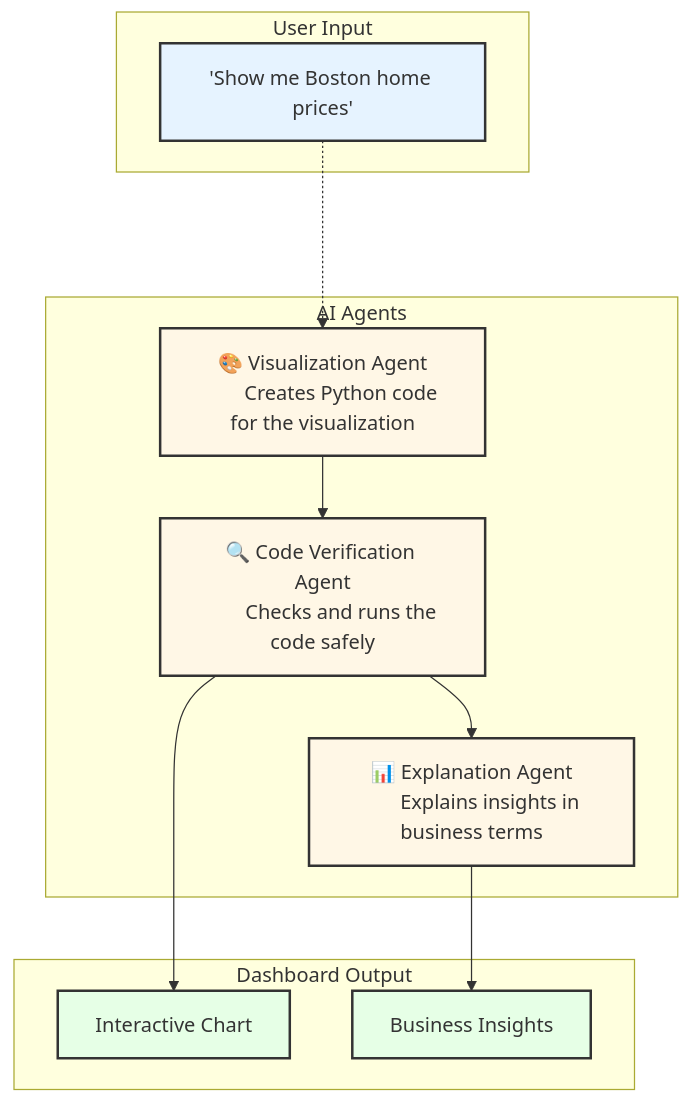
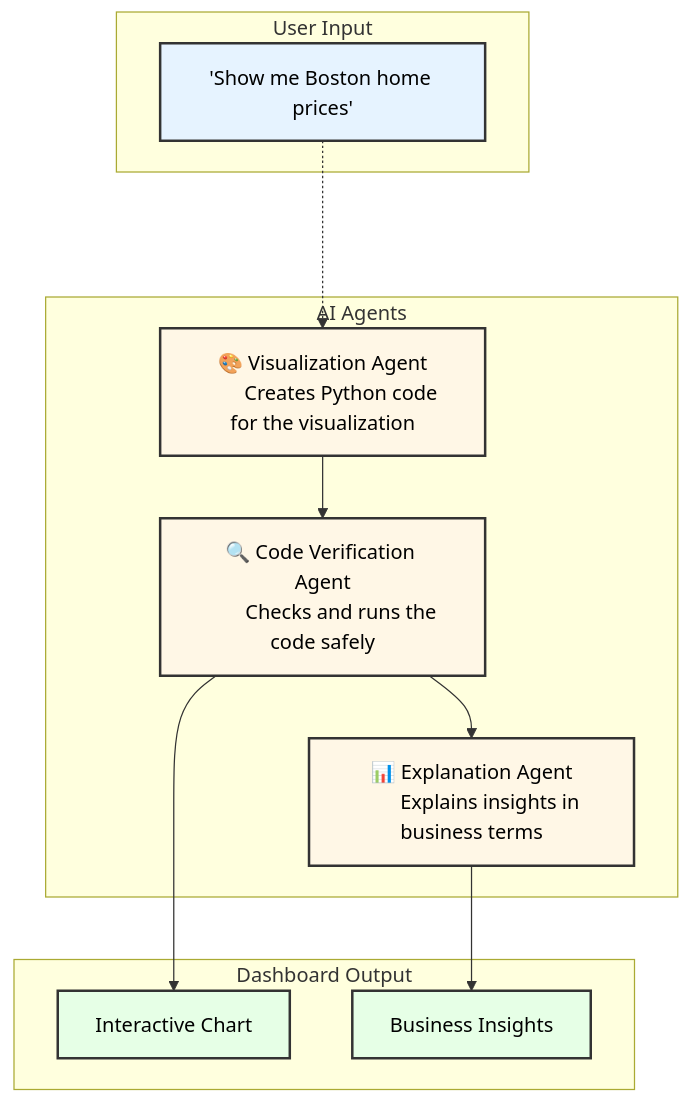
The diagram in README.md (srbutler1/real_estate_tool), drawn with Mermaid before and after one commit. The commit also changed other lines of this file, not shown here.

Commit message:
modified:   README.md

````diff
--- a/README.md
+++ b/README.md
@@ -9,34 +9,34 @@
 ```mermaid
 flowchart TD
     subgraph User["User Input"]
         Query["'Show me Boston home prices'"]
     end
 
     subgraph Agents["    AI Agents"]
         Agent1["🎨 Visualization Agent
         Creates Python code for the visualization"]
         Agent2["🔍 Code Verification Agent
         Checks and runs the code safely"]
         Agent3["📊 Explanation Agent
         Explains insights in business terms"]
     end
 
     subgraph Output["Dashboard Output"]
         Chart["Interactive Chart"]
         Text["Business Insights"]
     end
 
     Query -..-> Agent1
     Agent1 --> Agent2
     Agent2 --> Agent3
     Agent2 --> Chart
     Agent3 --> Text
 
-    classDef queryClass fill:#e6f3ff,stroke:#333,stroke-width:2px
-    classDef agentClass fill:#fff7e6,stroke:#333,stroke-width:2px
-    classDef outputClass fill:#e6ffe6,stroke:#333,stroke-width:2px
+    classDef queryClass fill:#e6f3ff,stroke:#333,stroke-width:2px,color:#000
+    classDef agentClass fill:#fff7e6,stroke:#333,stroke-width:2px,color:#000
+    classDef outputClass fill:#e6ffe6,stroke:#333,stroke-width:2px,color:#000
     
     class Query queryClass
     class Agent1,Agent2,Agent3 agentClass
     class Chart,Text outputClass
 ```
````
